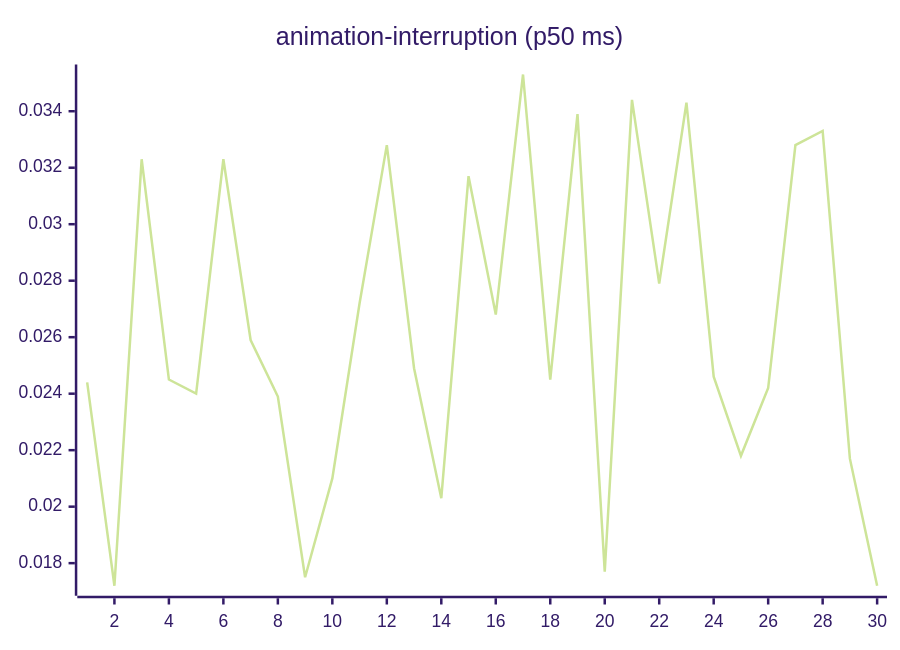
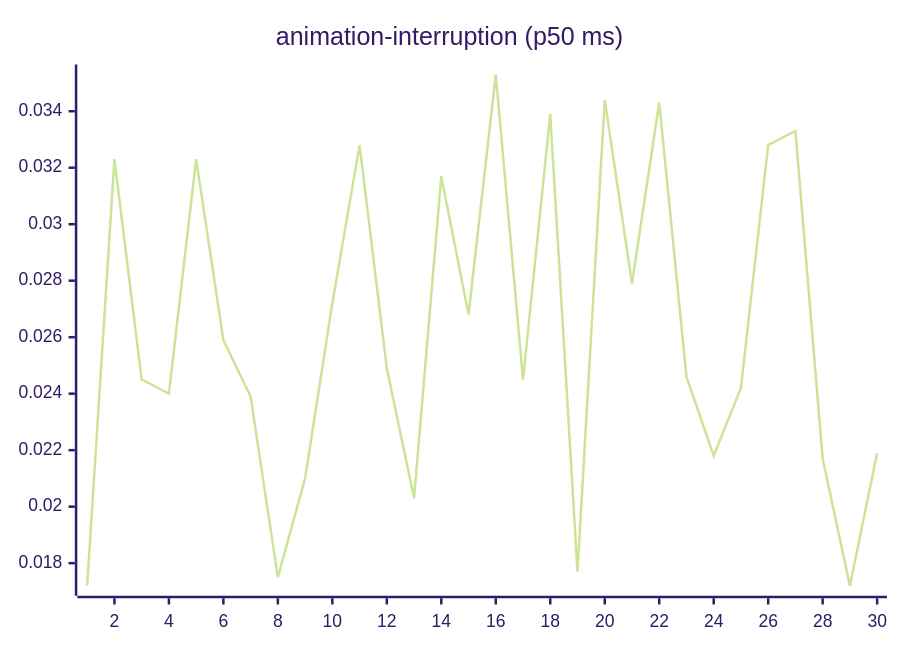
Before and after one commit to josha/Facet: the third of 27 diagrams in README.md, drawn with Mermaid (forest theme). The commit also changed other lines of this file and 2 other files, not shown here.

````diff
--- a/README.md
+++ b/README.md
@@ -77,6 +77,6 @@
 ```mermaid
 xychart-beta
     title "animation-interruption (p50 ms)"
     x-axis 1 --> 30
-    line [0.0244, 0.0172, 0.0323, 0.0245, 0.0240, 0.0323, 0.0259, 0.0239, 0.0175, 0.0210, 0.0272, 0.0328, 0.0249, 0.0203, 0.0317, 0.0268, 0.0353, 0.0245, 0.0339, 0.0177, 0.0344, 0.0279, 0.0343, 0.0246, 0.0218, 0.0242, 0.0328, 0.0333, 0.0217, 0.0172]
+    line [0.0172, 0.0323, 0.0245, 0.0240, 0.0323, 0.0259, 0.0239, 0.0175, 0.0210, 0.0272, 0.0328, 0.0249, 0.0203, 0.0317, 0.0268, 0.0353, 0.0245, 0.0339, 0.0177, 0.0344, 0.0279, 0.0343, 0.0246, 0.0218, 0.0242, 0.0328, 0.0333, 0.0217, 0.0172, 0.0219]
 ```
````
